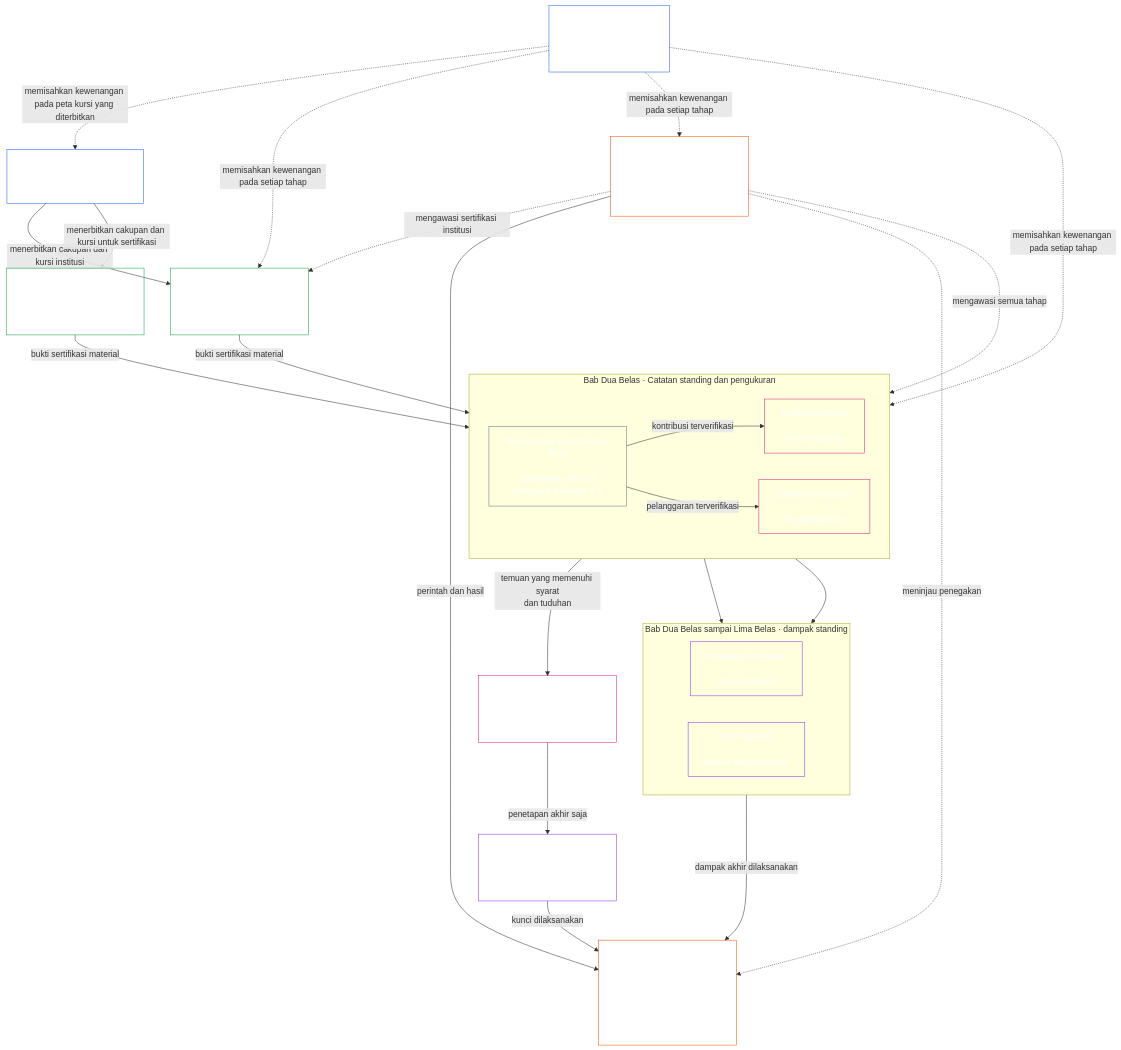
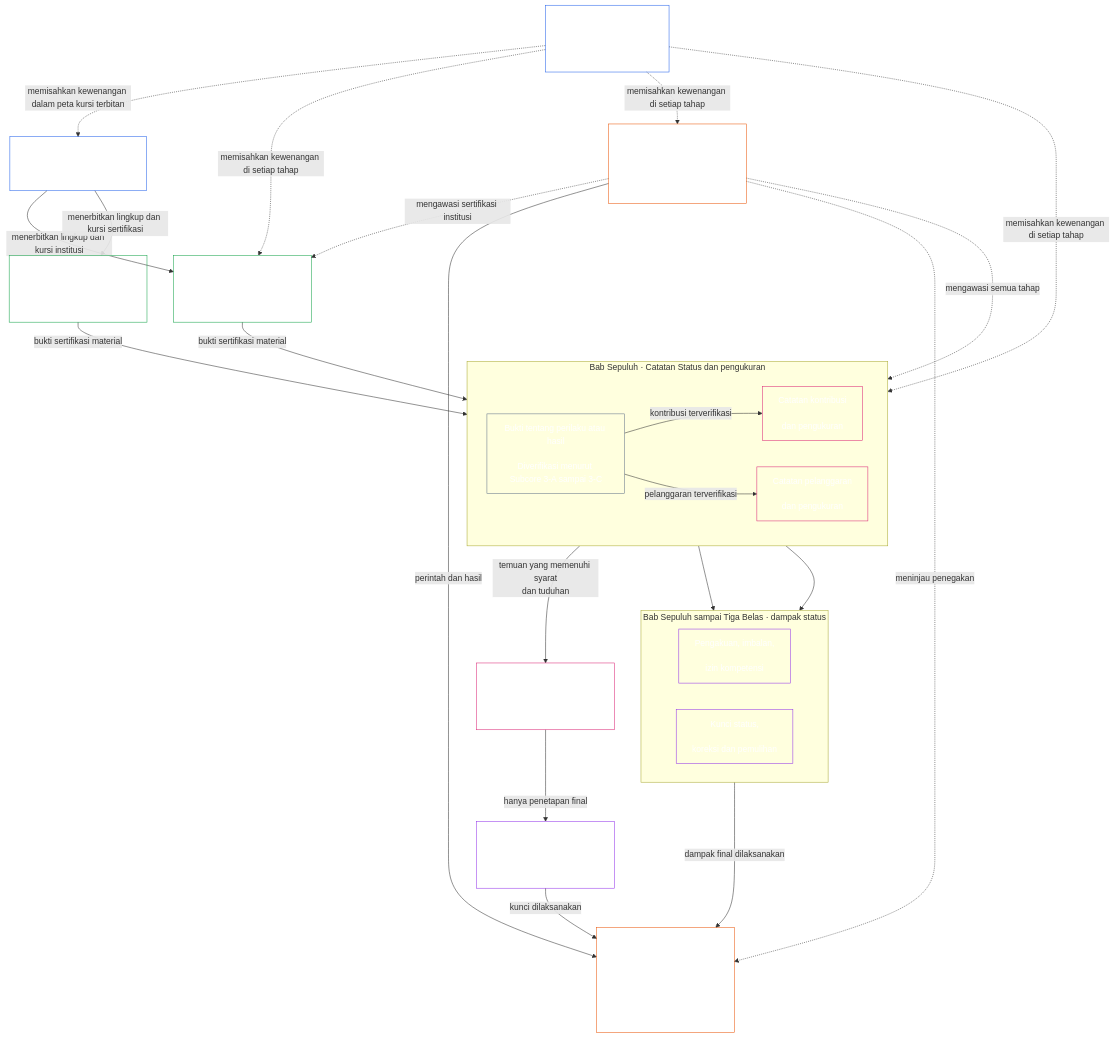
One commit to kfoelsch/Sentient_Constitution changed the second of 2 diagrams in project/translation_drafts/2026-11-26/ch00_ch01_resync/id__core_01.000_constitutional_map.md. Above: the diagram before and after it, drawn with Mermaid. The commit also changed other lines of this file and 22 other files, not shown here.

````diff
--- a/project/translation_drafts/2026-11-26/ch00_ch01_resync/id__core_01.000_constitutional_map.md
+++ b/project/translation_drafts/2026-11-26/ch00_ch01_resync/id__core_01.000_constitutional_map.md
@@ -238,55 +257,55 @@
 ```mermaid
 flowchart TB
-    D["Bab Delapan<br/><br/>Kemandirian fungsional<br/>dan pemisahan tugas"]
-    H["Bab Tujuh<br/><br/>Piagam Sistem dan Institusi"]
-    S["Bab Sepuluh<br/><br/>Sertifikasi keselarasan sistem"]
-    I["Bab Sebelas<br/><br/>Sertifikasi keselarasan institusi"]
-    subgraph Q["Bab Dua Belas · Catatan standing dan pengukuran"]
+    D["Bab Enam<br/><br/>Independensi fungsional<br/>dan pemisahan tugas"]
+    H["Bab Lima<br/><br/>Piagam Sistem dan Institusi"]
+    S["Bab Delapan<br/><br/>Sertifikasi keselarasan sistem"]
+    I["Bab Sembilan<br/><br/>Sertifikasi keselarasan institusi"]
+    subgraph Q["Bab Sepuluh · Catatan Status dan pengukuran"]
         direction LR
         E["Bukti tentang perilaku atau hasil<br/><br/>Diverifikasi menurut Subcore 3-A sampai 3-C"]
         C["Catatan kontribusi<br/><br/>dan pengukuran"]
         V["Catatan pelanggaran<br/><br/>dan pengukuran"]
     end
-    subgraph N["Bab Dua Belas sampai Lima Belas · dampak standing"]
+    subgraph N["Bab Sepuluh sampai Tiga Belas · dampak status"]
         direction LR
         U["Pengakuan, imbalan,<br/><br/>izin kompetensi"]
-        R["Kunci standing,<br/><br/>koreksi dan pemulihan"]
+        R["Kunci status,<br/><br/>koreksi dan pemulihan"]
     end
-    M["Bab Enam Belas<br/><br/>Peninjauan pelanggaran anti-konstitusional"]
-    L["Bab Empat Belas<br/><br/>Kunci Kepercayaan Anti-Konstitusional"]
-    F["Forum Bab Delapan Belas dan Sembilan Belas<br/><br/>Pengawasan, gugatan, dan peninjauan tepat waktu"]
-    X["Bab Dua Puluh Satu dan Dua Puluh Dua<br/><br/>Penegakan: pelaksanaan hasil,<br/>penegakan khusus dalam batas"]
-    D -.->|memisahkan kewenangan pada peta kursi yang diterbitkan| H
-    H -->|menerbitkan cakupan dan kursi institusi| I
-    H -->|menerbitkan cakupan dan kursi untuk sertifikasi| S
-    D -.->|memisahkan kewenangan pada setiap tahap| I
-    D -.->|memisahkan kewenangan pada setiap tahap| E
-    D -.->|memisahkan kewenangan pada setiap tahap| F
+    M["Bab Empat Belas<br/><br/>Peninjauan salah laku anti-konstitusi"]
+    L["Bab Dua Belas<br/><br/>Kunci Kepercayaan Anti-Konstitusi"]
+    F["Forum Bab Enam Belas dan Tujuh Belas<br/><br/>Pengawasan, gugatan dan peninjauan tepat waktu"]
+    X["Bab Sembilan Belas dan Dua Puluh<br/><br/>Penegakan: pelaksanaan hasil,<br/>penegakan khusus dalam batas"]
+    D -.->|memisahkan kewenangan dalam peta kursi terbitan| H
+    H -->|menerbitkan lingkup dan kursi institusi| I
+    H -->|menerbitkan lingkup dan kursi sertifikasi| S
+    D -.->|memisahkan kewenangan di setiap tahap| I
+    D -.->|memisahkan kewenangan di setiap tahap| E
+    D -.->|memisahkan kewenangan di setiap tahap| F
     C --> U
     V --> R
-    M -->|penetapan akhir saja| L
+    M -->|hanya penetapan final| L
     V -->|temuan yang memenuhi syarat<br/>dan tuduhan| M
     S -->|bukti sertifikasi material| E
     I -->|bukti sertifikasi material| E
     E -->|kontribusi terverifikasi| C
     E -->|pelanggaran terverifikasi| V
     F -.->|mengawasi semua tahap| E
     F -.->|mengawasi sertifikasi institusi| I
-    R -->|dampak akhir dilaksanakan| X
+    R -->|dampak final dilaksanakan| X
     L -->|kunci dilaksanakan| X
     F -->|perintah dan hasil| X
     F -.->|meninjau penegakan| X
     style H fill:none,stroke:#2563eb,color:#ffffff
     style D fill:none,stroke:#2563eb,color:#ffffff
     style S fill:none,stroke:#16a34a,color:#ffffff
     style I fill:none,stroke:#16a34a,color:#ffffff
     style E fill:none,stroke:#64748b,color:#ffffff
     style C fill:none,stroke:#db2777,color:#ffffff
     style V fill:none,stroke:#db2777,color:#ffffff
     style U fill:none,stroke:#9333ea,color:#ffffff
     style R fill:none,stroke:#9333ea,color:#ffffff
     style M fill:none,stroke:#db2777,color:#ffffff
     style L fill:none,stroke:#9333ea,color:#ffffff
     style F fill:none,stroke:#ea580c,color:#ffffff
     style X fill:none,stroke:#ea580c,color:#ffffff
 ```
````
